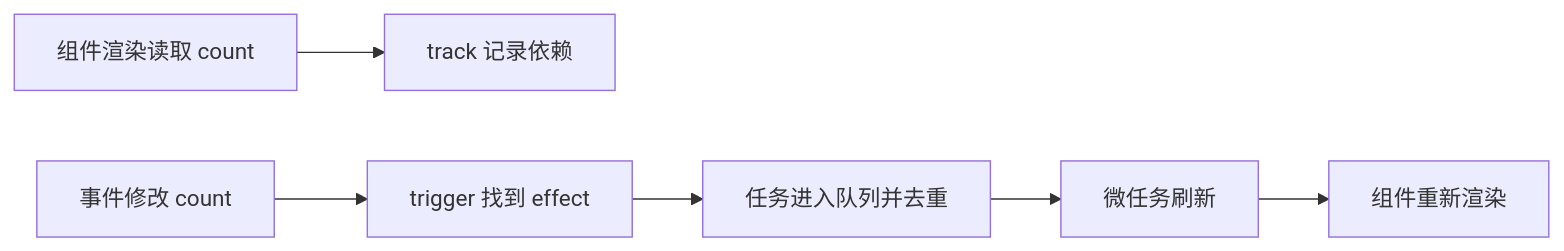
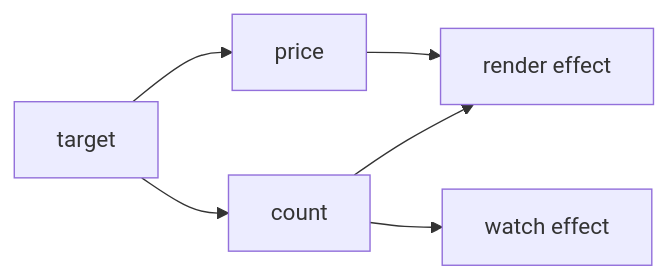
The diagram in docs/frontend/vue-reactivity-scheduler.md (upJiang/jiang-blog-vitepress), drawn with Mermaid before and after one commit. The commit also changed other lines of this file and 425 other files, not shown here.

````diff
--- a/docs/frontend/vue-reactivity-scheduler.md
+++ b/docs/frontend/vue-reactivity-scheduler.md
@@ -35,8 +33,8 @@
 ```mermaid
 flowchart LR
-  R[组件渲染读取 count] --> T[track 记录依赖]
-  M[事件修改 count] --> G[trigger 找到 effect]
-  G --> Q[任务进入队列并去重]
-  Q --> F[微任务刷新]
-  F --> V[组件重新渲染]
+  T[target] --> K1[price]
+  T --> K2[count]
+  K1 --> E[render effect]
+  K2 --> E
+  K2 --> W[watch effect]
 ```
````
